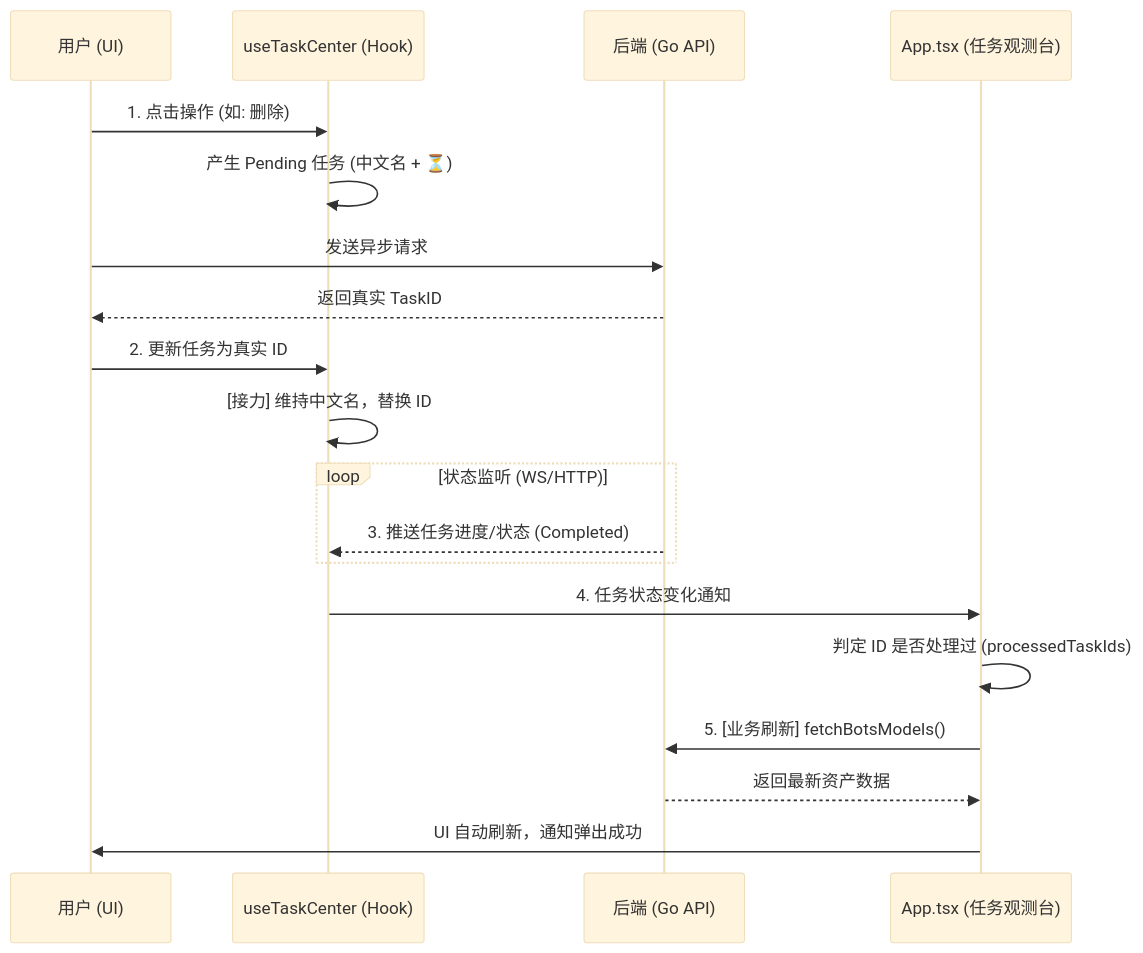
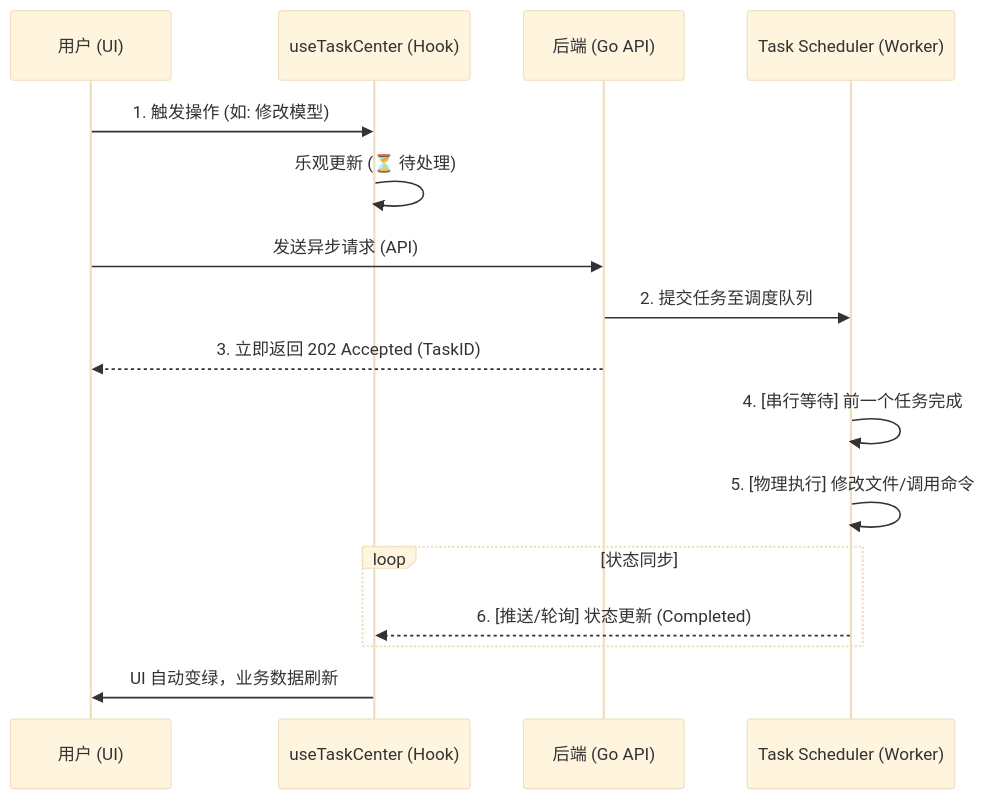
The diagram in docs/md/task-management-design.md (RandyChen1985/openclaw-buddy), drawn with Mermaid (base theme) before and after one commit. The commit also changed other lines of this file and 7 other files, not shown here.

````diff
--- a/docs/md/task-management-design.md
+++ b/docs/md/task-management-design.md
@@ -23,24 +19,22 @@
 ```mermaid
 sequenceDiagram
     participant User as 用户 (UI)
     participant ATC as useTaskCenter (Hook)
     participant Back as 后端 (Go API)
-    participant Obs as App.tsx (任务观测台)
+    participant Sched as Task Scheduler (Worker)
 
-    User->>ATC: 1. 点击操作 (如: 删除)
-    ATC->>ATC: 产生 Pending 任务 (中文名 + ⏳)
-    User->>Back: 发送异步请求
-    Back-->>User: 返回真实 TaskID
-    User->>ATC: 2. 更新任务为真实 ID
-    ATC->>ATC: [接力] 维持中文名，替换 ID
+    User->>ATC: 1. 触发操作 (如: 修改模型)
+    ATC->>ATC: 乐观更新 (⏳ 待处理)
+    User->>Back: 发送异步请求 (API)
+    Back->>Sched: 2. 提交任务至调度队列
+    Back-->>User: 3. 立即返回 202 Accepted (TaskID)
     
-    loop 状态监听 (WS/HTTP)
-        Back-->>ATC: 3. 推送任务进度/状态 (Completed)
+    Sched->>Sched: 4. [串行等待] 前一个任务完成
+    Sched->>Sched: 5. [物理执行] 修改文件/调用命令
+    
+    loop 状态同步
+        Sched-->>ATC: 6. [推送/轮询] 状态更新 (Completed)
     end
-
-    ATC->>Obs: 4. 任务状态变化通知
-    Obs->>Obs: 判定 ID 是否处理过 (processedTaskIds)
-    Obs->>Back: 5. [业务刷新] fetchBotsModels()
-    Back-->>Obs: 返回最新资产数据
-    Obs->>User: UI 自动刷新，通知弹出成功
+    
+    ATC->>User: UI 自动变绿，业务数据刷新
 ```
````
